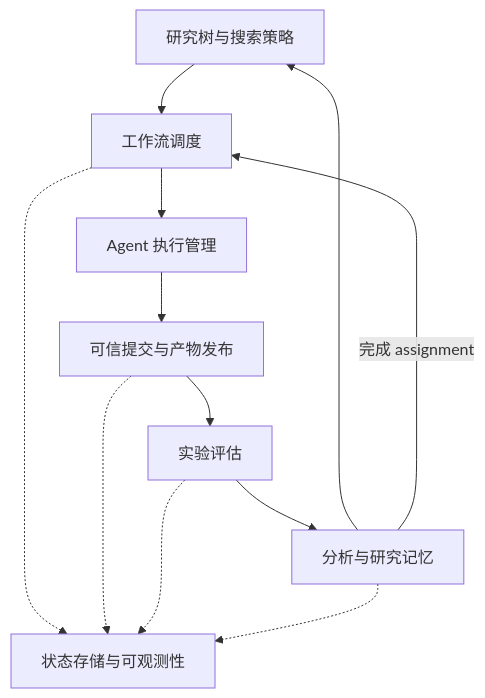
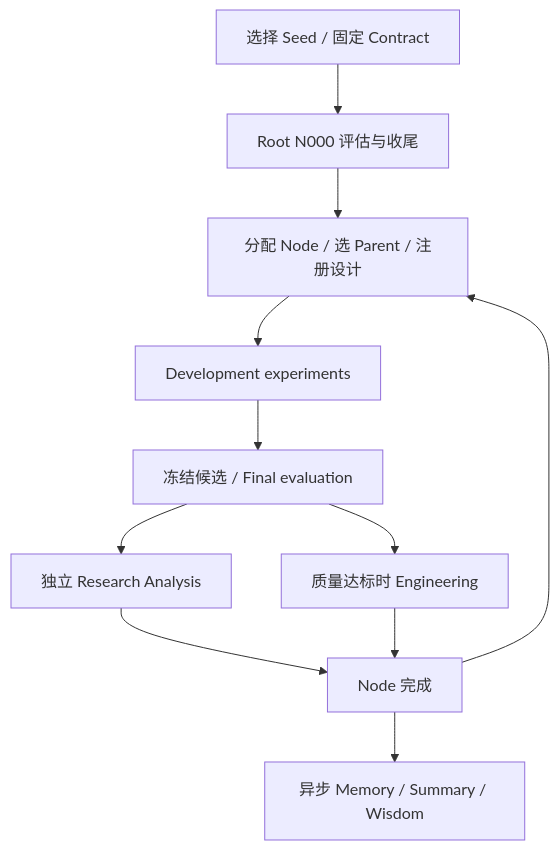
Before and after one commit to yiran529/autoresearch: the diagram in docs/greedylore-autoresearch-architecture.md, drawn with Mermaid. The commit also changed other lines of this file and 13 other files, not shown here.

````diff
--- a/docs/greedylore-autoresearch-architecture.md
+++ b/docs/greedylore-autoresearch-architecture.md
@@ -25,14 +19,13 @@
 ```mermaid
 flowchart TD
-    A[研究树与搜索策略] --> B[工作流调度]
-    B --> C[Agent 执行管理]
-    C --> D[可信提交与产物发布]
-    D --> E[实验评估]
-    E --> F[分析与研究记忆]
-    F --> A
-    F -->|完成 assignment| B
-    B -.-> G[状态存储与可观测性]
-    D -.-> G
-    E -.-> G
-    F -.-> G
+    S[选择 Seed / 固定 Contract] --> R[Root N000 评估与收尾]
+    R --> P[分配 Node / 选 Parent / 注册设计]
+    P --> D[Development experiments]
+    D --> F[冻结候选 / Final evaluation]
+    F --> A[独立 Research Analysis]
+    F --> E[质量达标时 Engineering]
+    A --> C[Node 完成]
+    E --> C
+    C --> P
+    C --> M[异步 Memory / Summary / Wisdom]
 ```
````
